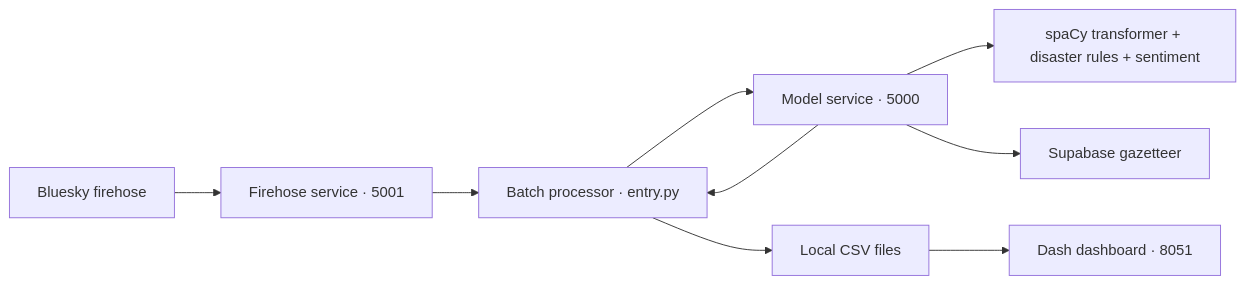
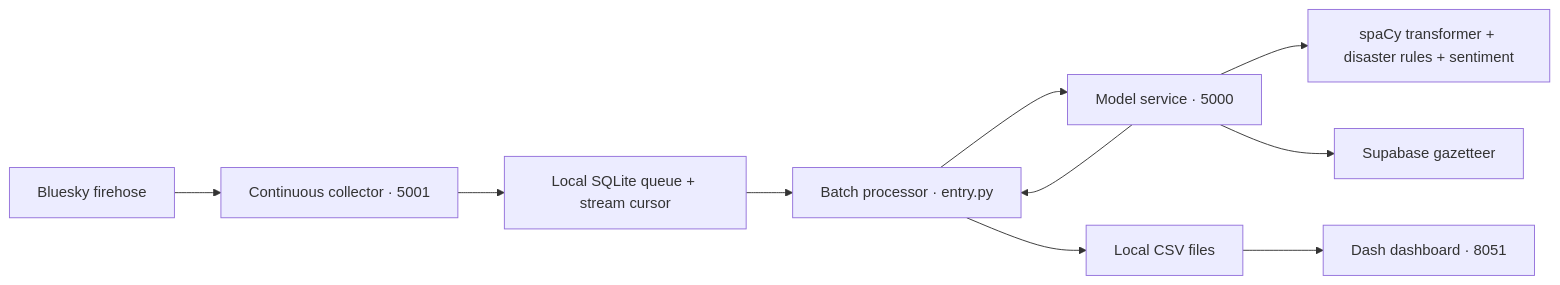
Before and after one commit to nikitab724/crisis-analysis: the diagram in README.md, drawn with Mermaid. The commit also changed other lines of this file and 16 other files, not shown here.

````diff
--- a/README.md
+++ b/README.md
@@ -19,11 +19,12 @@
 ```mermaid
 flowchart LR
-    B[Bluesky firehose] --> S[Firehose service · 5001]
-    S --> E[Batch processor · entry.py]
+    B[Bluesky firehose] --> S[Continuous collector · 5001]
+    S --> Q[Local SQLite queue + stream cursor]
+    Q --> E[Batch processor · entry.py]
     E --> M[Model service · 5000]
     M --> N[spaCy transformer + disaster rules + sentiment]
     M --> G[Supabase gazetteer]
     M --> E
     E --> C[Local CSV files]
     C --> D[Dash dashboard · 8051]
 ```
````
